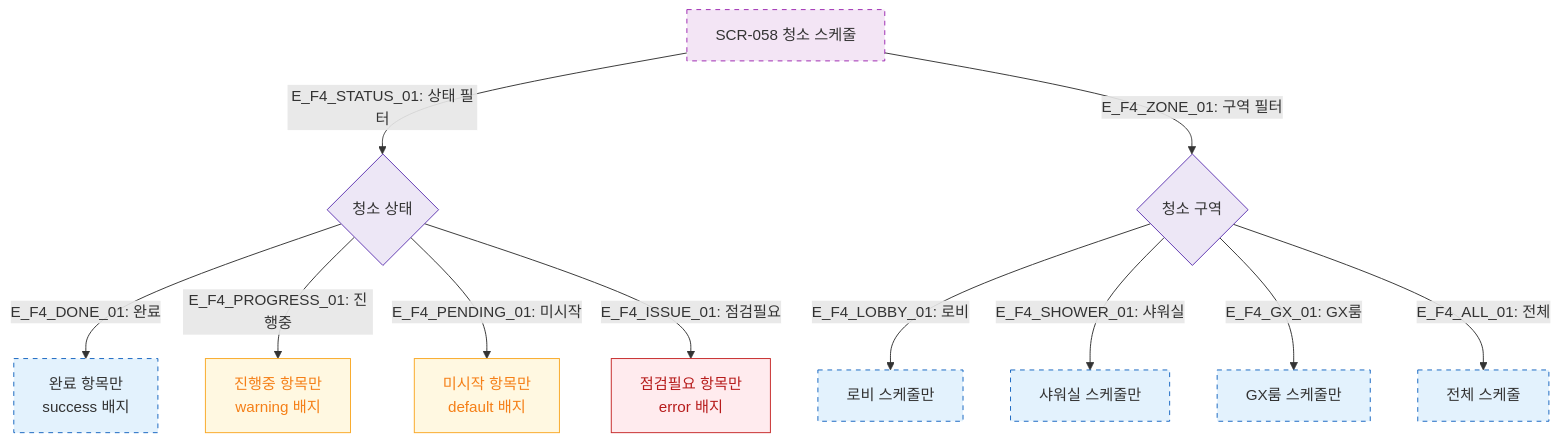
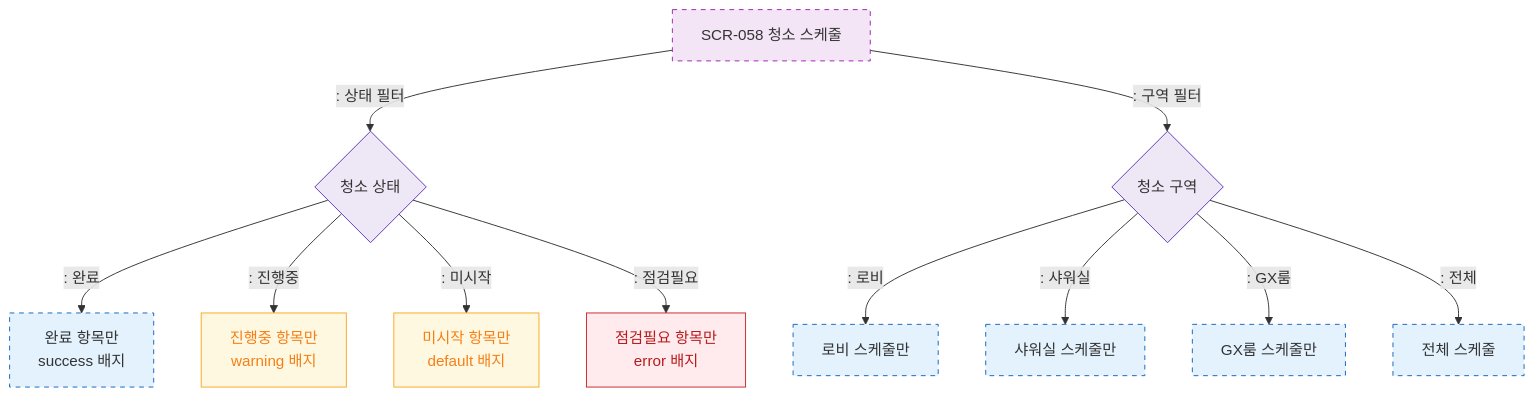
One commit to dev-spogym/admin-pando changed the diagram in docs/다이어그램/D06_시설관리/SCR-058_청소스케줄/F4_필터검색.md. Above: the diagram before and after it, drawn with Mermaid. The commit also changed other lines of this file and 1660 other files, not shown here.

First line of the commit message:
다이어그램: 기획자/클라이언트 납품본으로 정리

````diff
--- a/docs/다이어그램/D06_시설관리/SCR-058_청소스케줄/F4_필터검색.md
+++ b/docs/다이어그램/D06_시설관리/SCR-058_청소스케줄/F4_필터검색.md
@@ -16,27 +14,27 @@
 ```mermaid
 flowchart TD
     SCR_058[SCR-058 청소 스케줄]
 
-    SCR_058 -->|"E_F4_STATUS_01: 상태 필터"| StatusFilter{청소 상태}
-    StatusFilter -->|"E_F4_DONE_01: 완료"| DoneList[완료 항목만\nsuccess 배지]
-    StatusFilter -->|"E_F4_PROGRESS_01: 진행중"| ProgressList[진행중 항목만\nwarning 배지]
-    StatusFilter -->|"E_F4_PENDING_01: 미시작"| PendingList[미시작 항목만\ndefault 배지]
-    StatusFilter -->|"E_F4_ISSUE_01: 점검필요"| IssueList[점검필요 항목만\nerror 배지]
+    SCR_058 -->|": 상태 필터"|StatusFilter{청소 상태}
+    StatusFilter -->|": 완료"|DoneList[완료 항목만\nsuccess 배지]
+    StatusFilter -->|": 진행중"|ProgressList[진행중 항목만\nwarning 배지]
+    StatusFilter -->|": 미시작"|PendingList[미시작 항목만\ndefault 배지]
+    StatusFilter -->|": 점검필요"|IssueList[점검필요 항목만\nerror 배지]
 
-    SCR_058 -->|"E_F4_ZONE_01: 구역 필터"| ZoneFilter{청소 구역}
-    ZoneFilter -->|"E_F4_LOBBY_01: 로비"| LobbyList[로비 스케줄만]
-    ZoneFilter -->|"E_F4_SHOWER_01: 샤워실"| ShowerList[샤워실 스케줄만]
-    ZoneFilter -->|"E_F4_GX_01: GX룸"| GXList[GX룸 스케줄만]
-    ZoneFilter -->|"E_F4_ALL_01: 전체"| AllList[전체 스케줄]
+    SCR_058 -->|": 구역 필터"|ZoneFilter{청소 구역}
+    ZoneFilter -->|": 로비"|LobbyList[로비 스케줄만]
+    ZoneFilter -->|": 샤워실"|ShowerList[샤워실 스케줄만]
+    ZoneFilter -->|": GX룸"|GXList[GX룸 스케줄만]
+    ZoneFilter -->|": 전체"|AllList[전체 스케줄]
 
     classDef newFeature fill:#F3E5F5,stroke:#9C27B0,stroke-dasharray:5 5
     classDef screen fill:#E3F2FD,stroke:#1565C0,stroke-dasharray:5 5
     classDef warning fill:#FFF8E1,stroke:#F9A825,color:#F57F17
     classDef error fill:#FFEBEE,stroke:#C62828,color:#B71C1C
     classDef system fill:#EDE7F6,stroke:#5E35B2
     class SCR_058 newFeature
     class DoneList,LobbyList,ShowerList,GXList,AllList screen
     class ProgressList,PendingList warning
     class IssueList error
     class StatusFilter,ZoneFilter system
 ```
````
